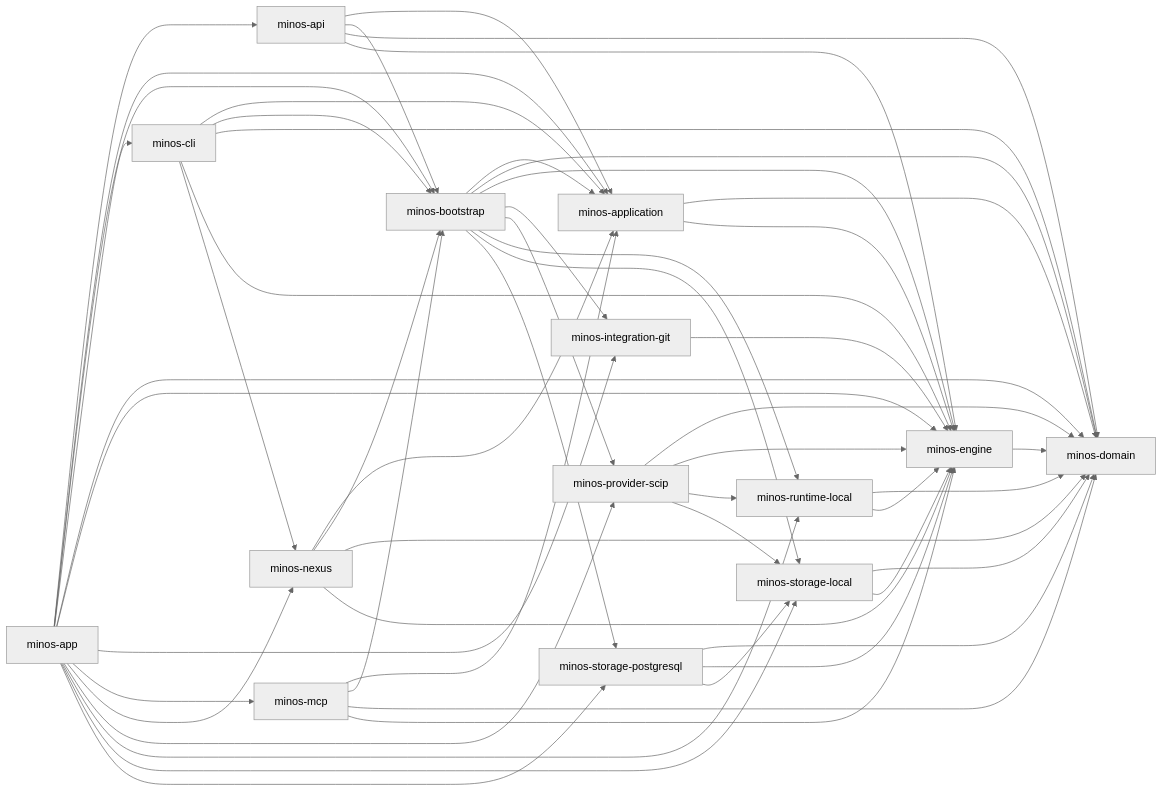
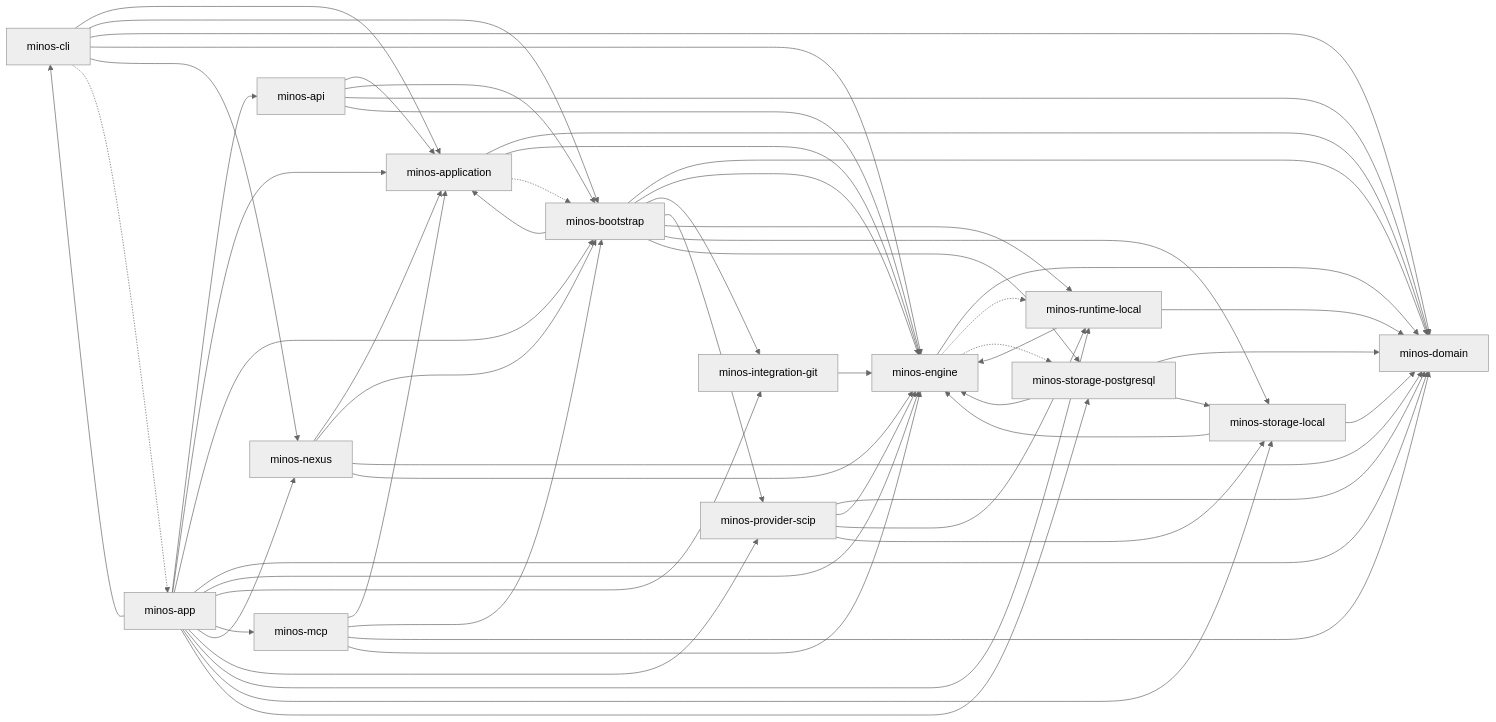
The diagram in docs/architecture/diagrams/module-dependencies.md (FTurleque/minos-code-intelligence), drawn with Mermaid (neutral theme) before and after one commit. The commit also changed other lines of this file and 5 other files, not shown here.

First line of the commit message:
refactor(architecture): figer la dette de frontières par des cliquets A11 à A14

````diff
--- a/docs/architecture/diagrams/module-dependencies.md
+++ b/docs/architecture/diagrams/module-dependencies.md
@@ -8,70 +8,74 @@
 ```mermaid
 flowchart LR
     minos_domain["minos-domain"]
     minos_engine["minos-engine"]
     minos_runtime_local["minos-runtime-local"]
     minos_storage_local["minos-storage-local"]
     minos_storage_postgresql["minos-storage-postgresql"]
     minos_provider_scip["minos-provider-scip"]
     minos_integration_git["minos-integration-git"]
     minos_application["minos-application"]
     minos_bootstrap["minos-bootstrap"]
     minos_nexus["minos-nexus"]
     minos_cli["minos-cli"]
     minos_api["minos-api"]
     minos_mcp["minos-mcp"]
     minos_app["minos-app"]
     minos_engine --> minos_domain
     minos_runtime_local --> minos_domain
     minos_runtime_local --> minos_engine
     minos_storage_local --> minos_domain
     minos_storage_local --> minos_engine
     minos_storage_postgresql --> minos_domain
     minos_storage_postgresql --> minos_engine
     minos_storage_postgresql --> minos_storage_local
     minos_provider_scip --> minos_domain
     minos_provider_scip --> minos_engine
     minos_provider_scip --> minos_runtime_local
     minos_provider_scip --> minos_storage_local
     minos_integration_git --> minos_engine
     minos_application --> minos_domain
     minos_application --> minos_engine
     minos_bootstrap --> minos_application
     minos_bootstrap --> minos_domain
     minos_bootstrap --> minos_engine
     minos_bootstrap --> minos_integration_git
     minos_bootstrap --> minos_provider_scip
     minos_bootstrap --> minos_runtime_local
     minos_bootstrap --> minos_storage_local
     minos_bootstrap --> minos_storage_postgresql
     minos_nexus --> minos_application
     minos_nexus --> minos_bootstrap
     minos_nexus --> minos_domain
     minos_nexus --> minos_engine
     minos_cli --> minos_application
     minos_cli --> minos_bootstrap
     minos_cli --> minos_domain
     minos_cli --> minos_engine
     minos_cli --> minos_nexus
     minos_api --> minos_application
     minos_api --> minos_bootstrap
     minos_api --> minos_domain
     minos_api --> minos_engine
     minos_mcp --> minos_application
     minos_mcp --> minos_bootstrap
     minos_mcp --> minos_domain
     minos_mcp --> minos_engine
     minos_app --> minos_api
     minos_app --> minos_application
     minos_app --> minos_bootstrap
     minos_app --> minos_cli
     minos_app --> minos_domain
     minos_app --> minos_engine
     minos_app --> minos_integration_git
     minos_app --> minos_mcp
     minos_app --> minos_nexus
     minos_app --> minos_provider_scip
     minos_app --> minos_runtime_local
     minos_app --> minos_storage_local
     minos_app --> minos_storage_postgresql
+    minos_application -.-> minos_bootstrap
+    minos_cli -.-> minos_app
+    minos_engine -.-> minos_runtime_local
+    minos_engine -.-> minos_storage_postgresql
 ```
````
